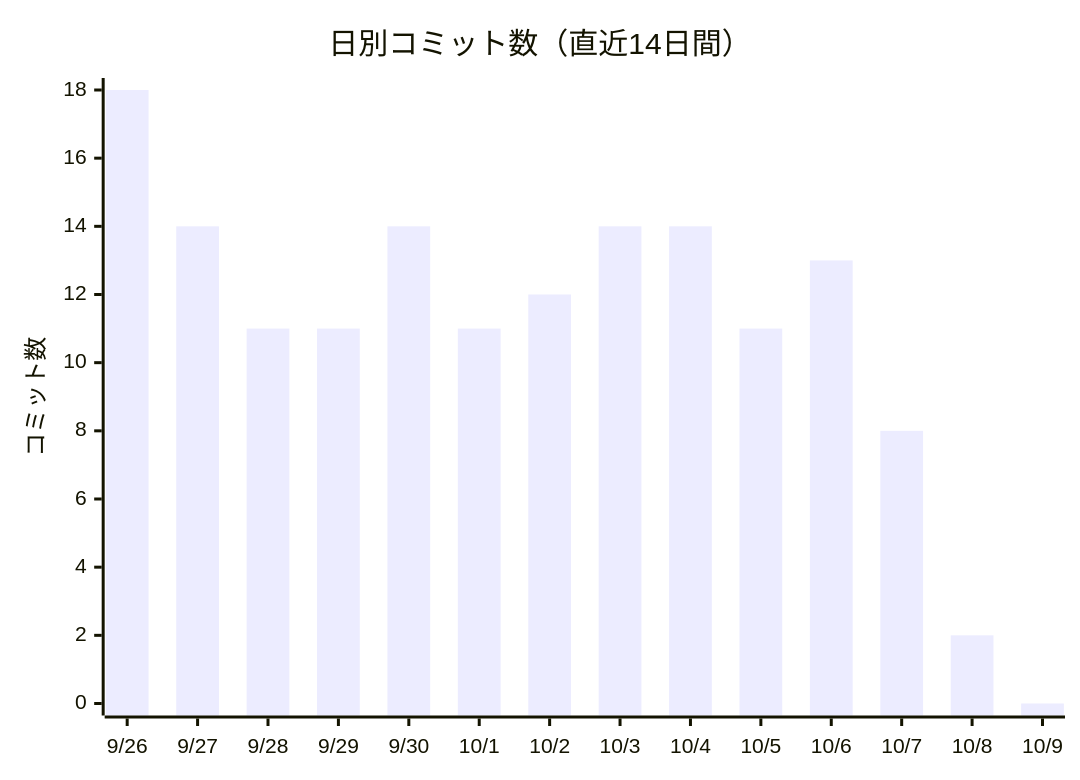
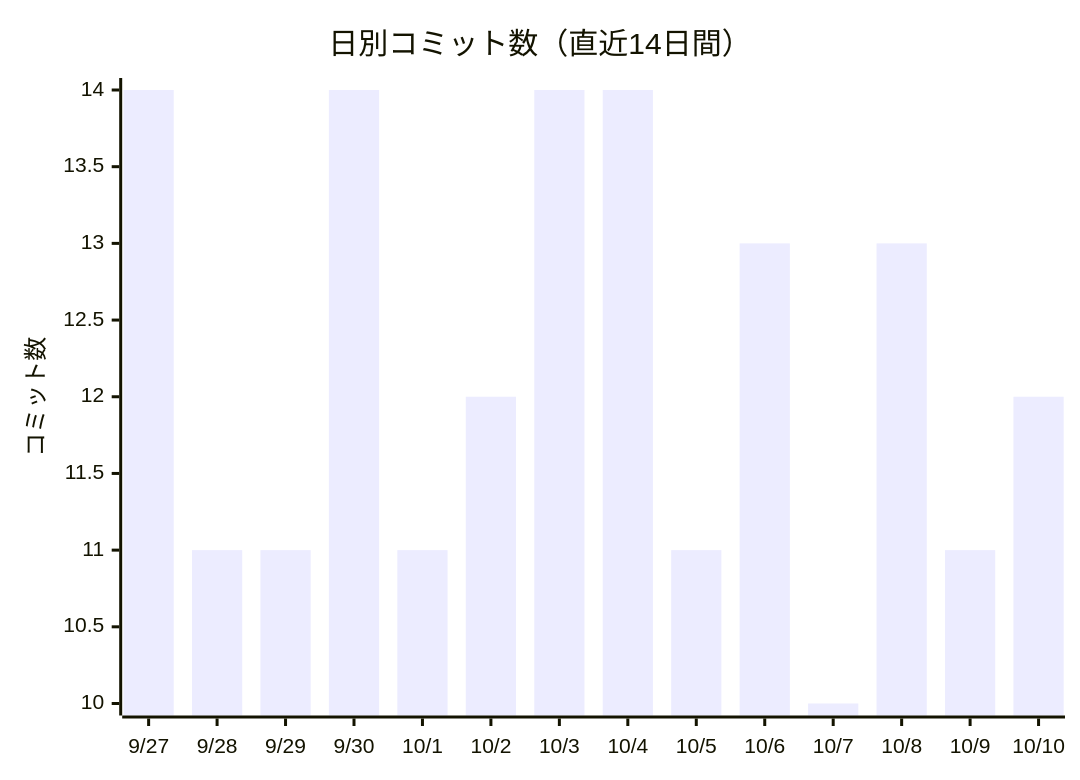
The first of 2 diagrams in docs/進化レポート.md (non-x2/non-x2), drawn with Mermaid before and after one commit. The commit also changed other lines of this file and 2 other files, not shown here.

````diff
--- a/docs/進化レポート.md
+++ b/docs/進化レポート.md
@@ -23,7 +23,7 @@
 ```mermaid
 xychart-beta
     title "日別コミット数（直近14日間）"
-    x-axis ["9/26", "9/27", "9/28", "9/29", "9/30", "10/1", "10/2", "10/3", "10/4", "10/5", "10/6", "10/7", "10/8", "10/9"]
+    x-axis ["9/27", "9/28", "9/29", "9/30", "10/1", "10/2", "10/3", "10/4", "10/5", "10/6", "10/7", "10/8", "10/9", "10/10"]
     y-axis "コミット数"
-    bar [18, 14, 11, 11, 14, 11, 12, 14, 14, 11, 13, 8, 2, 0]
+    bar [14, 11, 11, 14, 11, 12, 14, 14, 11, 13, 10, 13, 11, 12]
 ```
````
